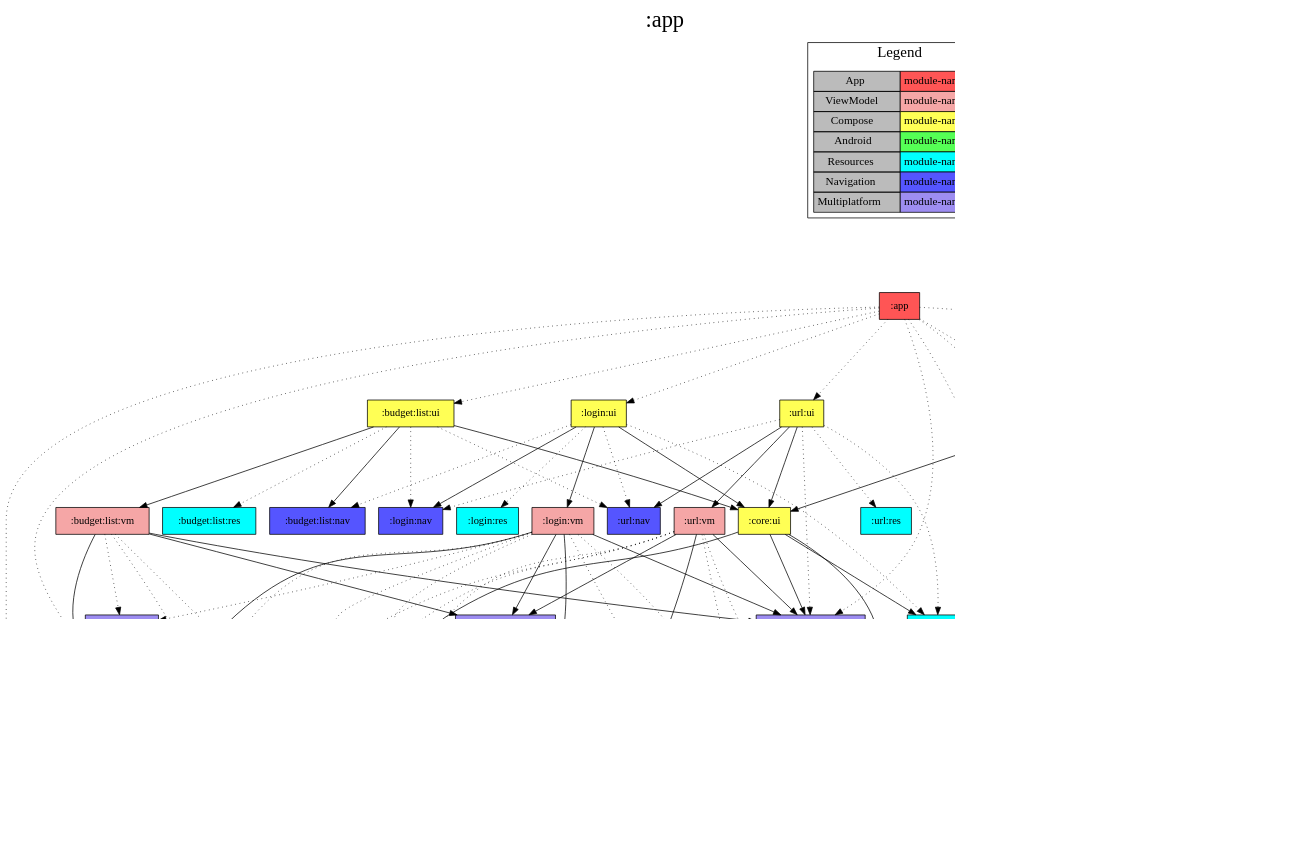
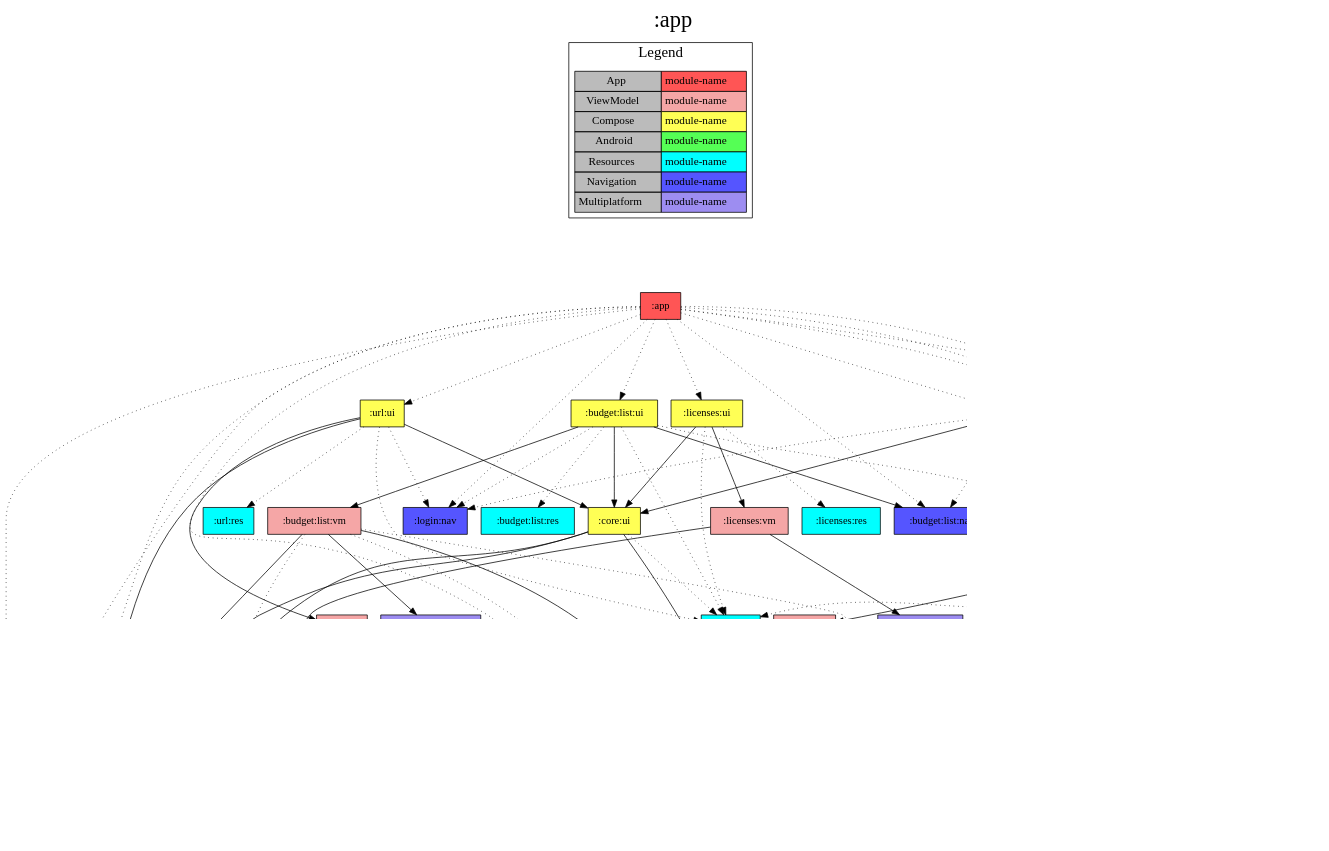
One commit to jonapoul/aktual changed the diagram in app/project-dependency-graph.dot. Above: the diagram before and after it, drawn with Graphviz. The commit also changed 23 other files, not shown here.

```diff
--- a/app/project-dependency-graph.dot
+++ b/app/project-dependency-graph.dot
@@ -1,137 +1,139 @@
 digraph {
 edge ["dir"="forward"]
 graph ["dpi"="100","label"=":app","labelloc"="t","fontsize"="30","ranksep"="1.5","rankdir"="TB"]
 node ["style"="filled"]
 ":app" ["shape"="box","fillcolor"="#FF5555"]
+":budget:list:nav" ["fillcolor"="#5555FF","shape"="box"]
 ":budget:list:ui" ["fillcolor"="#FFFF55","shape"="box"]
-":budget:list:nav" ["fillcolor"="#5555FF","shape"="box"]
 ":budget:list:vm" ["fillcolor"="#F5A6A6","shape"="box"]
 ":core:colorscheme" ["fillcolor"="#9D8DF1","shape"="box"]
 ":core:connection" ["fillcolor"="#9D8DF1","shape"="box"]
 ":core:buildconfig" ["fillcolor"="#9D8DF1","shape"="box"]
 ":api:actual" ["fillcolor"="#9D8DF1","shape"="box"]
 ":login:model" ["fillcolor"="#9D8DF1","shape"="box"]
 ":url:model" ["fillcolor"="#9D8DF1","shape"="box"]
 ":api:core" ["fillcolor"="#9D8DF1","shape"="box"]
 ":core:log" ["fillcolor"="#9D8DF1","shape"="box"]
 ":core:coroutines" ["fillcolor"="#9D8DF1","shape"="box"]
 ":core:versions" ["fillcolor"="#9D8DF1","shape"="box"]
 ":url:prefs" ["fillcolor"="#9D8DF1","shape"="box"]
 ":login:prefs" ["fillcolor"="#9D8DF1","shape"="box"]
 ":core:ui" ["fillcolor"="#FFFF55","shape"="box"]
 ":core:res" ["fillcolor"="#00FFFF","shape"="box"]
 ":budget:list:res" ["fillcolor"="#00FFFF","shape"="box"]
 ":login:nav" ["fillcolor"="#5555FF","shape"="box"]
 ":url:nav" ["fillcolor"="#5555FF","shape"="box"]
 ":licenses:data" ["fillcolor"="#9D8DF1","shape"="box"]
+":licenses:nav" ["fillcolor"="#5555FF","shape"="box"]
 ":licenses:ui" ["fillcolor"="#FFFF55","shape"="box"]
-":licenses:nav" ["fillcolor"="#5555FF","shape"="box"]
 ":licenses:vm" ["fillcolor"="#F5A6A6","shape"="box"]
 ":licenses:res" ["fillcolor"="#00FFFF","shape"="box"]
 ":login:ui" ["fillcolor"="#FFFF55","shape"="box"]
 ":login:vm" ["fillcolor"="#F5A6A6","shape"="box"]
 ":login:res" ["fillcolor"="#00FFFF","shape"="box"]
 ":url:ui" ["fillcolor"="#FFFF55","shape"="box"]
 ":url:vm" ["fillcolor"="#F5A6A6","shape"="box"]
 ":url:res" ["fillcolor"="#00FFFF","shape"="box"]
 {
 edge ["dir"="none"]
 graph ["rank"="same"]
 ":app"
 }
+":app" -> ":budget:list:nav" ["style"="dotted"]
 ":app" -> ":budget:list:ui" ["style"="dotted"]
 ":app" -> ":core:buildconfig" ["style"="dotted"]
 ":app" -> ":core:colorscheme" ["style"="dotted"]
 ":app" -> ":core:coroutines" ["style"="dotted"]
 ":app" -> ":core:log" ["style"="dotted"]
 ":app" -> ":licenses:data" ["style"="dotted"]
+":app" -> ":licenses:nav" ["style"="dotted"]
 ":app" -> ":licenses:ui" ["style"="dotted"]
+":app" -> ":login:nav" ["style"="dotted"]
 ":app" -> ":login:ui" ["style"="dotted"]
 ":app" -> ":url:prefs" ["style"="dotted"]
+":app" -> ":url:nav" ["style"="dotted"]
 ":app" -> ":url:ui" ["style"="dotted"]
 ":budget:list:ui" -> ":budget:list:nav"
 ":budget:list:ui" -> ":budget:list:vm"
 ":budget:list:ui" -> ":core:ui"
 ":budget:list:ui" -> ":budget:list:res" ["style"="dotted"]
+":budget:list:ui" -> ":core:res" ["style"="dotted"]
 ":budget:list:ui" -> ":login:nav" ["style"="dotted"]
 ":budget:list:ui" -> ":url:nav" ["style"="dotted"]
 ":budget:list:vm" -> ":core:colorscheme"
 ":budget:list:vm" -> ":core:connection"
 ":budget:list:vm" -> ":url:model"
 ":budget:list:vm" -> ":core:versions" ["style"="dotted"]
 ":budget:list:vm" -> ":login:prefs" ["style"="dotted"]
 ":budget:list:vm" -> ":url:prefs" ["style"="dotted"]
 ":core:connection" -> ":core:buildconfig"
 ":core:connection" -> ":api:actual" ["style"="dotted"]
 ":core:connection" -> ":api:core" ["style"="dotted"]
 ":core:connection" -> ":core:coroutines" ["style"="dotted"]
 ":core:connection" -> ":core:log" ["style"="dotted"]
 ":core:connection" -> ":core:versions" ["style"="dotted"]
 ":core:connection" -> ":url:model" ["style"="dotted"]
 ":core:connection" -> ":url:prefs" ["style"="dotted"]
 ":api:actual" -> ":login:model"
 ":api:actual" -> ":url:model"
 ":api:core" -> ":core:log"
 ":api:core" -> ":url:model"
 ":core:versions" -> ":core:buildconfig"
 ":url:prefs" -> ":url:model"
 ":login:prefs" -> ":login:model"
 ":core:ui" -> ":core:colorscheme"
-":core:ui" -> ":core:res"
 ":core:ui" -> ":core:versions"
 ":core:ui" -> ":url:model"
+":core:ui" -> ":core:res" ["style"="dotted"]
 ":licenses:data" -> ":core:coroutines" ["style"="dotted"]
 ":licenses:ui" -> ":core:ui"
-":licenses:ui" -> ":licenses:nav"
 ":licenses:ui" -> ":licenses:vm"
+":licenses:ui" -> ":core:res" ["style"="dotted"]
 ":licenses:ui" -> ":licenses:res" ["style"="dotted"]
+":licenses:vm" -> ":core:log"
 ":licenses:vm" -> ":licenses:data"
-":licenses:vm" -> ":core:log" ["style"="dotted"]
 ":login:ui" -> ":core:ui"
-":login:ui" -> ":login:nav"
 ":login:ui" -> ":login:vm"
 ":login:ui" -> ":budget:list:nav" ["style"="dotted"]
 ":login:ui" -> ":core:res" ["style"="dotted"]
+":login:ui" -> ":login:nav" ["style"="dotted"]
 ":login:ui" -> ":login:res" ["style"="dotted"]
 ":login:ui" -> ":url:nav" ["style"="dotted"]
 ":login:vm" -> ":core:colorscheme"
-":login:vm" -> ":core:connection"
+":login:vm" -> ":core:coroutines"
+":login:vm" -> ":core:log"
 ":login:vm" -> ":login:model"
 ":login:vm" -> ":url:model"
 ":login:vm" -> ":api:actual" ["style"="dotted"]
-":login:vm" -> ":core:coroutines" ["style"="dotted"]
-":login:vm" -> ":core:log" ["style"="dotted"]
 ":login:vm" -> ":core:versions" ["style"="dotted"]
 ":login:vm" -> ":login:prefs" ["style"="dotted"]
 ":login:vm" -> ":url:prefs" ["style"="dotted"]
+":url:ui" -> ":core:colorscheme"
 ":url:ui" -> ":core:ui"
-":url:ui" -> ":url:nav"
 ":url:ui" -> ":url:vm"
-":url:ui" -> ":core:colorscheme" ["style"="dotted"]
 ":url:ui" -> ":core:res" ["style"="dotted"]
 ":url:ui" -> ":login:nav" ["style"="dotted"]
 ":url:ui" -> ":url:res" ["style"="dotted"]
 ":url:vm" -> ":core:colorscheme"
-":url:vm" -> ":core:connection"
+":url:vm" -> ":core:coroutines"
+":url:vm" -> ":core:log"
 ":url:vm" -> ":url:model"
 ":url:vm" -> ":api:actual" ["style"="dotted"]
-":url:vm" -> ":core:coroutines" ["style"="dotted"]
-":url:vm" -> ":core:log" ["style"="dotted"]
 ":url:vm" -> ":core:versions" ["style"="dotted"]
 ":url:vm" -> ":url:prefs" ["style"="dotted"]
 subgraph "cluster_legend" {
 edge ["dir"="none"]
 graph ["label"="Legend","fontsize"="20"]
 "Legend" ["style"="filled","fillcolor"="#bbbbbb","shape"="none","margin"="0","fontsize"="15","label"=<
 <TABLE BORDER="0" CELLBORDER="1" CELLSPACING="0" CELLPADDING="4">
 <TR><TD>App</TD><TD BGCOLOR="#FF5555">module-name</TD></TR>
 <TR><TD>ViewModel</TD><TD BGCOLOR="#F5A6A6">module-name</TD></TR>
 <TR><TD>Compose</TD><TD BGCOLOR="#FFFF55">module-name</TD></TR>
 <TR><TD>Android</TD><TD BGCOLOR="#55FF55">module-name</TD></TR>
 <TR><TD>Resources</TD><TD BGCOLOR="#00FFFF">module-name</TD></TR>
 <TR><TD>Navigation</TD><TD BGCOLOR="#5555FF">module-name</TD></TR>
 <TR><TD>Multiplatform</TD><TD BGCOLOR="#9D8DF1">module-name</TD></TR>
 </TABLE>
 >]
 } -> ":app" ["style"="invis"]
 }
```
